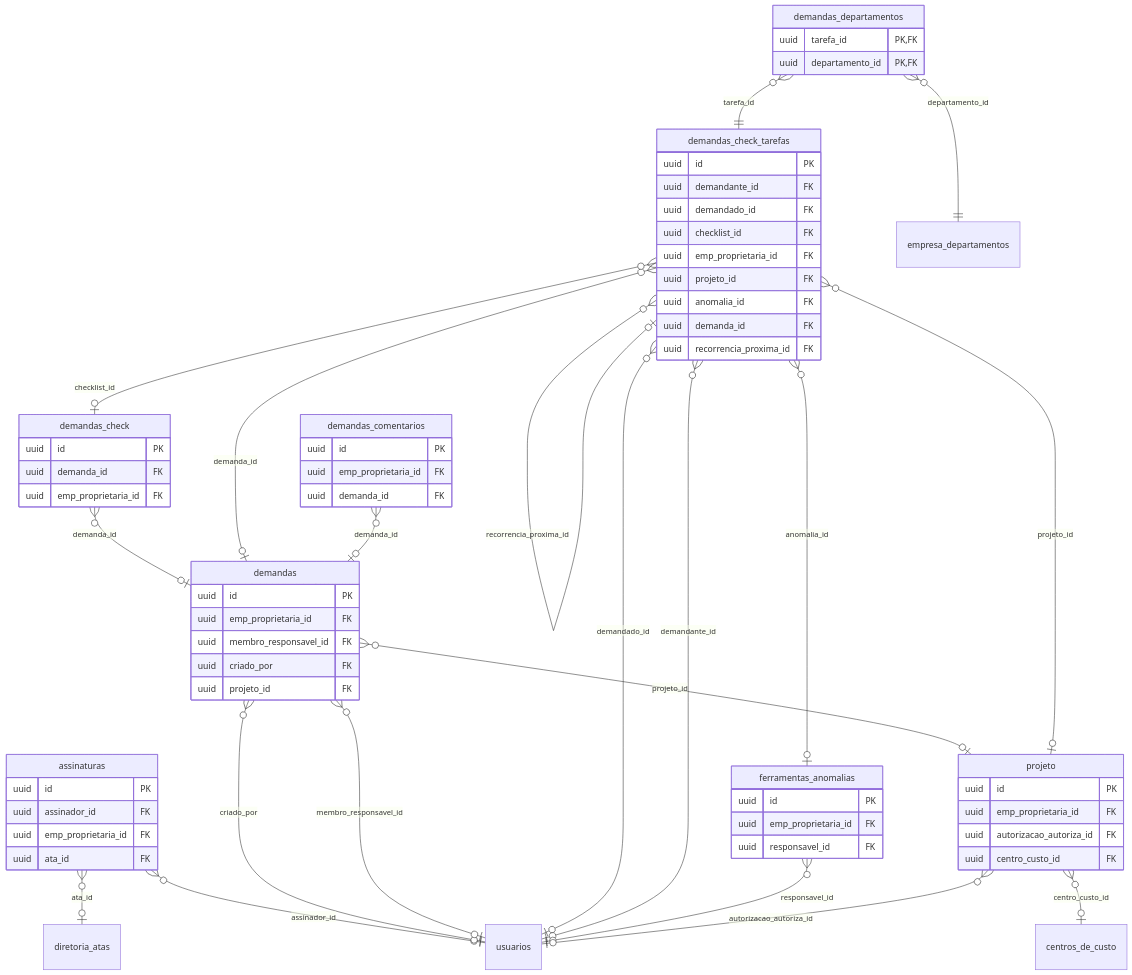
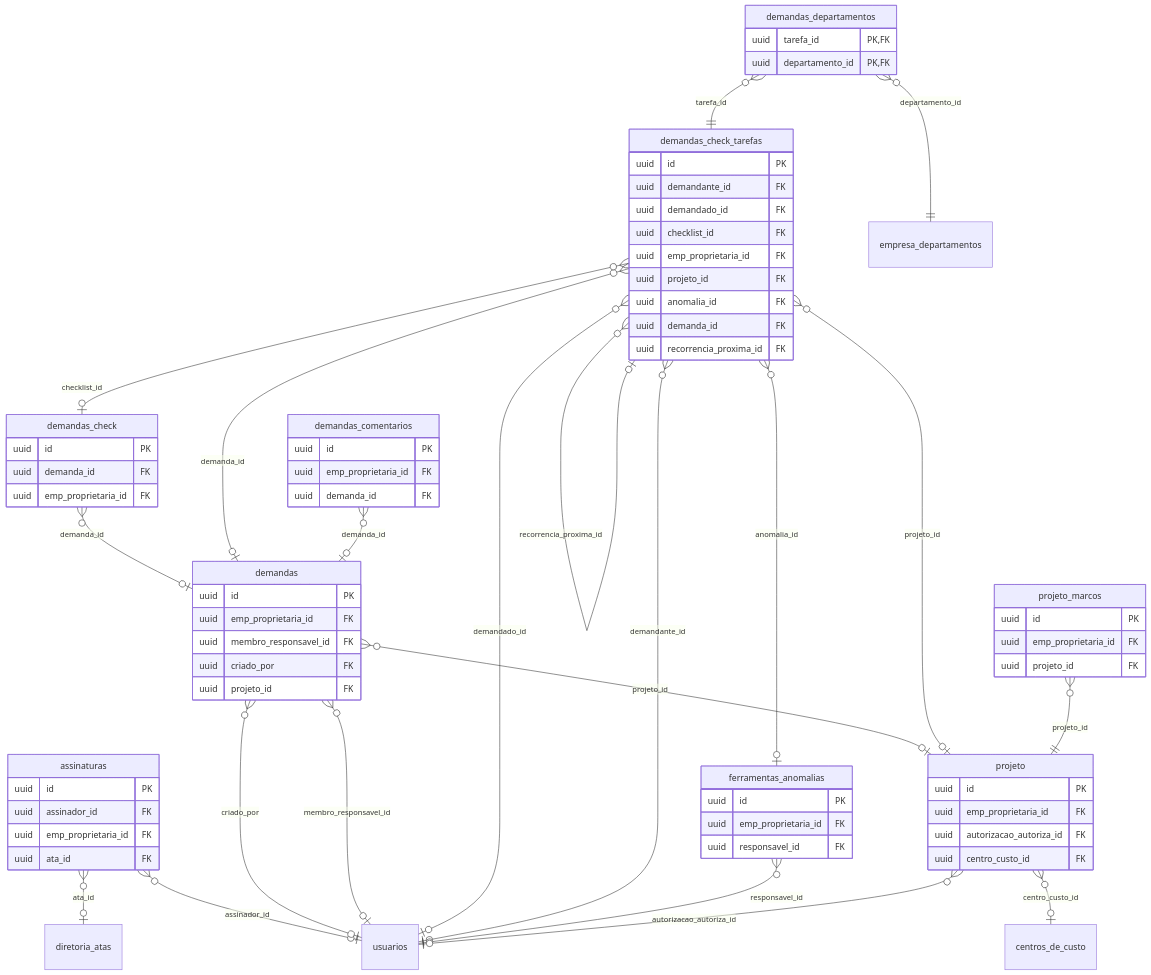
The diagram in docs/dados/er/ferramentas.md (brunovillela/confluir_v2), drawn with Mermaid before and after one commit. The commit also changed 39 other files, not shown here.

````diff
--- a/docs/dados/er/ferramentas.md
+++ b/docs/dados/er/ferramentas.md
@@ -7,71 +7,77 @@
 ```mermaid
 erDiagram
   assinaturas {
     uuid id PK
     uuid assinador_id FK
     uuid emp_proprietaria_id FK
     uuid ata_id FK
   }
   demandas {
     uuid id PK
     uuid emp_proprietaria_id FK
     uuid membro_responsavel_id FK
     uuid criado_por FK
     uuid projeto_id FK
   }
   demandas_check {
     uuid id PK
     uuid demanda_id FK
     uuid emp_proprietaria_id FK
   }
   demandas_check_tarefas {
     uuid id PK
     uuid demandante_id FK
     uuid demandado_id FK
     uuid checklist_id FK
     uuid emp_proprietaria_id FK
     uuid projeto_id FK
     uuid anomalia_id FK
     uuid demanda_id FK
     uuid recorrencia_proxima_id FK
   }
   demandas_comentarios {
     uuid id PK
     uuid emp_proprietaria_id FK
     uuid demanda_id FK
   }
   demandas_departamentos {
     uuid tarefa_id PK,FK
     uuid departamento_id PK,FK
   }
   ferramentas_anomalias {
     uuid id PK
     uuid emp_proprietaria_id FK
     uuid responsavel_id FK
   }
   projeto {
     uuid id PK
     uuid emp_proprietaria_id FK
     uuid autorizacao_autoriza_id FK
     uuid centro_custo_id FK
   }
+  projeto_marcos {
+    uuid id PK
+    uuid emp_proprietaria_id FK
+    uuid projeto_id FK
+  }
   assinaturas }o--o| diretoria_atas : "ata_id"
   assinaturas }o--o| usuarios : "assinador_id"
   demandas }o--o| projeto : "projeto_id"
   demandas }o--o| usuarios : "criado_por"
   demandas }o--o| usuarios : "membro_responsavel_id"
   demandas_check }o--o| demandas : "demanda_id"
   demandas_check_tarefas }o--o| demandas : "demanda_id"
   demandas_check_tarefas }o--o| demandas_check : "checklist_id"
   demandas_check_tarefas }o--o| demandas_check_tarefas : "recorrencia_proxima_id"
   demandas_check_tarefas }o--o| ferramentas_anomalias : "anomalia_id"
   demandas_check_tarefas }o--o| projeto : "projeto_id"
   demandas_check_tarefas }o--o| usuarios : "demandado_id"
   demandas_check_tarefas }o--o| usuarios : "demandante_id"
   demandas_comentarios }o--o| demandas : "demanda_id"
   demandas_departamentos }o--|| demandas_check_tarefas : "tarefa_id"
   demandas_departamentos }o--|| empresa_departamentos : "departamento_id"
   ferramentas_anomalias }o--o| usuarios : "responsavel_id"
   projeto }o--o| centros_de_custo : "centro_custo_id"
   projeto }o--o| usuarios : "autorizacao_autoriza_id"
+  projeto_marcos }o--|| projeto : "projeto_id"
 ```
````
